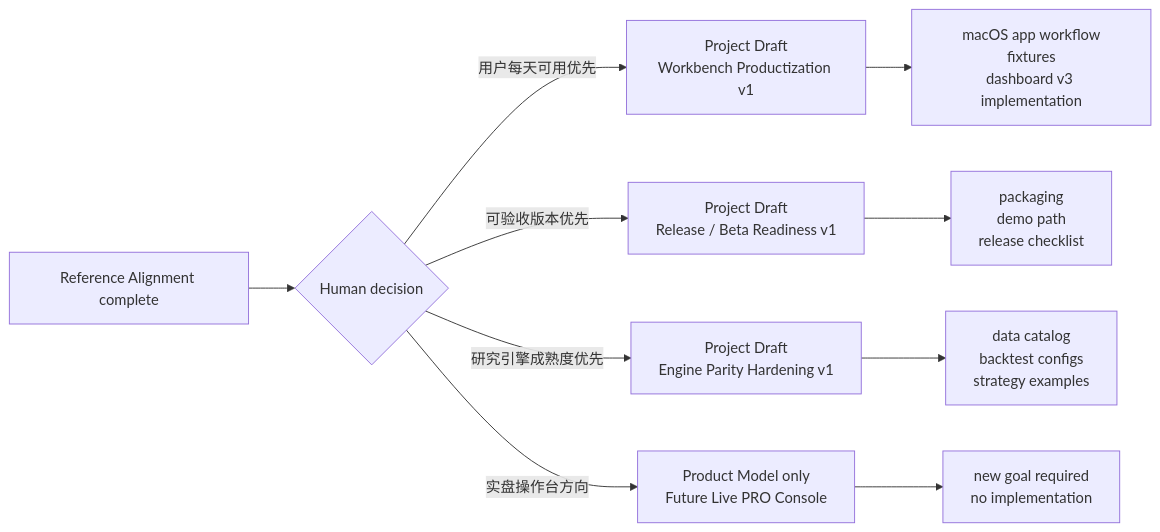
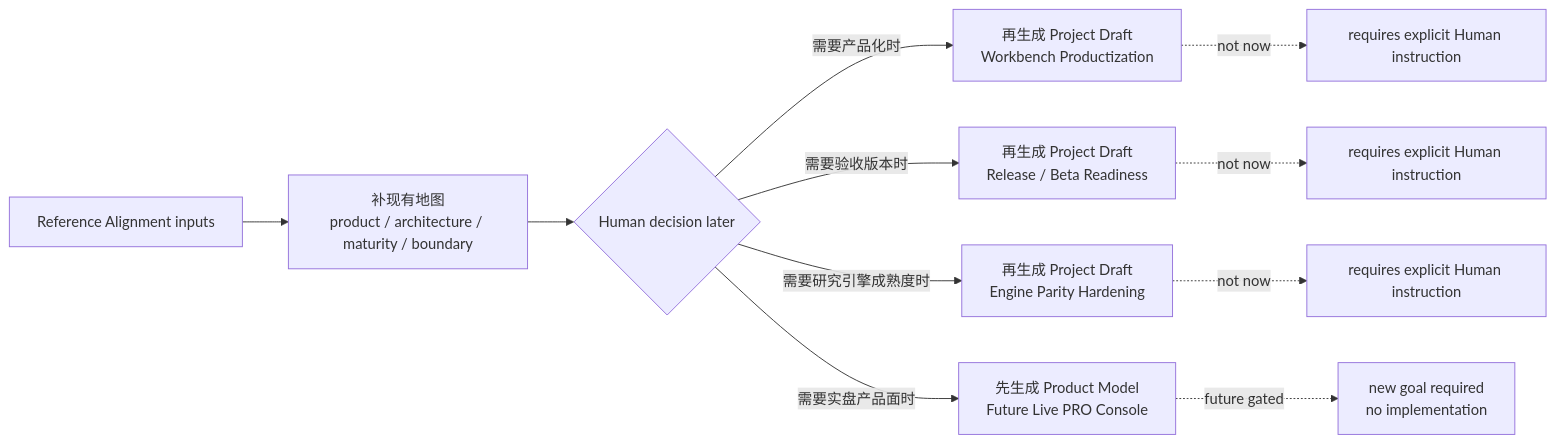
One commit to atxinbao/MTPRO changed the third of 3 diagrams in docs/product/mtpro-reference-alignment-gap-map-v1.md. Above: the diagram before and after it, drawn with Mermaid. The commit also changed other lines of this file and 4 other files, not shown here.

````diff
--- a/docs/product/mtpro-reference-alignment-gap-map-v1.md
+++ b/docs/product/mtpro-reference-alignment-gap-map-v1.md
@@ -243,15 +271,16 @@
 ```mermaid
 flowchart LR
-    R["Reference Alignment complete"]
-    R --> Q{"Human decision"}
+    R["Reference Alignment inputs"]
+    R --> M["补现有地图<br/>product / architecture / maturity / boundary"]
+    M --> Q{"Human decision later"}
 
-    Q -->|用户每天可用优先| A["Project Draft<br/>Workbench Productization v1"]
-    Q -->|可验收版本优先| B["Project Draft<br/>Release / Beta Readiness v1"]
-    Q -->|研究引擎成熟度优先| C["Project Draft<br/>Engine Parity Hardening v1"]
-    Q -->|实盘操作台方向| D["Product Model only<br/>Future Live PRO Console"]
+    Q -->|需要产品化时| A["再生成 Project Draft<br/>Workbench Productization"]
+    Q -->|需要验收版本时| B["再生成 Project Draft<br/>Release / Beta Readiness"]
+    Q -->|需要研究引擎成熟度时| C["再生成 Project Draft<br/>Engine Parity Hardening"]
+    Q -->|需要实盘产品面时| D["先生成 Product Model<br/>Future Live PRO Console"]
 
-    A --> A1["macOS app workflow<br/>fixtures<br/>dashboard v3 implementation"]
-    B --> B1["packaging<br/>demo path<br/>release checklist"]
-    C --> C1["data catalog<br/>backtest configs<br/>strategy examples"]
-    D --> D1["new goal required<br/>no implementation"]
+    A -. not now .-> A1["requires explicit Human instruction"]
+    B -. not now .-> B1["requires explicit Human instruction"]
+    C -. not now .-> C1["requires explicit Human instruction"]
+    D -. future gated .-> D1["new goal required<br/>no implementation"]
 ```
````
